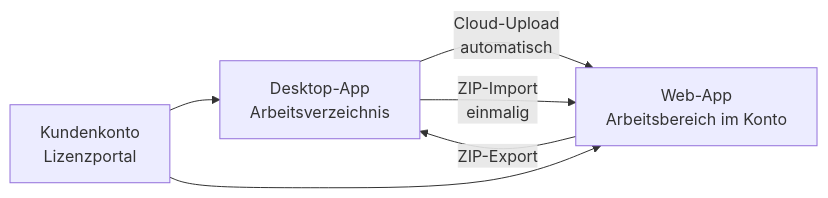
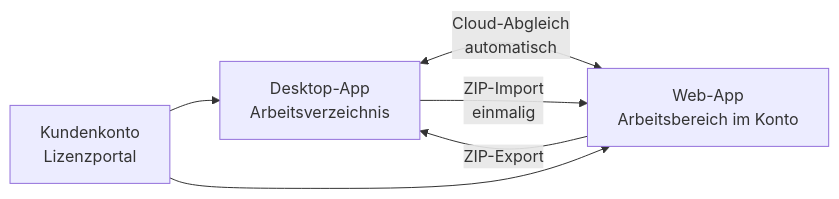
Before and after one commit to Herzog-GmbH/HerzogCAB-Docs: the diagram in docs/basics/platforms.md, drawn with Mermaid. The commit also changed other lines of this file and 12 other files, not shown here.

````diff
--- a/docs/basics/platforms.md
+++ b/docs/basics/platforms.md
@@ -38,8 +38,8 @@
 ```mermaid
 flowchart LR
-  D[Desktop-App<br>Arbeitsverzeichnis] -- Cloud-Upload<br>automatisch --> W[Web-App<br>Arbeitsbereich im Konto]
+  D[Desktop-App<br>Arbeitsverzeichnis] <-->|Cloud-Abgleich<br>automatisch| W[Web-App<br>Arbeitsbereich im Konto]
   D -- ZIP-Import<br>einmalig --> W
   W -- ZIP-Export --> D
   K[Kundenkonto<br>Lizenzportal] --> D
   K --> W
 ```
````
